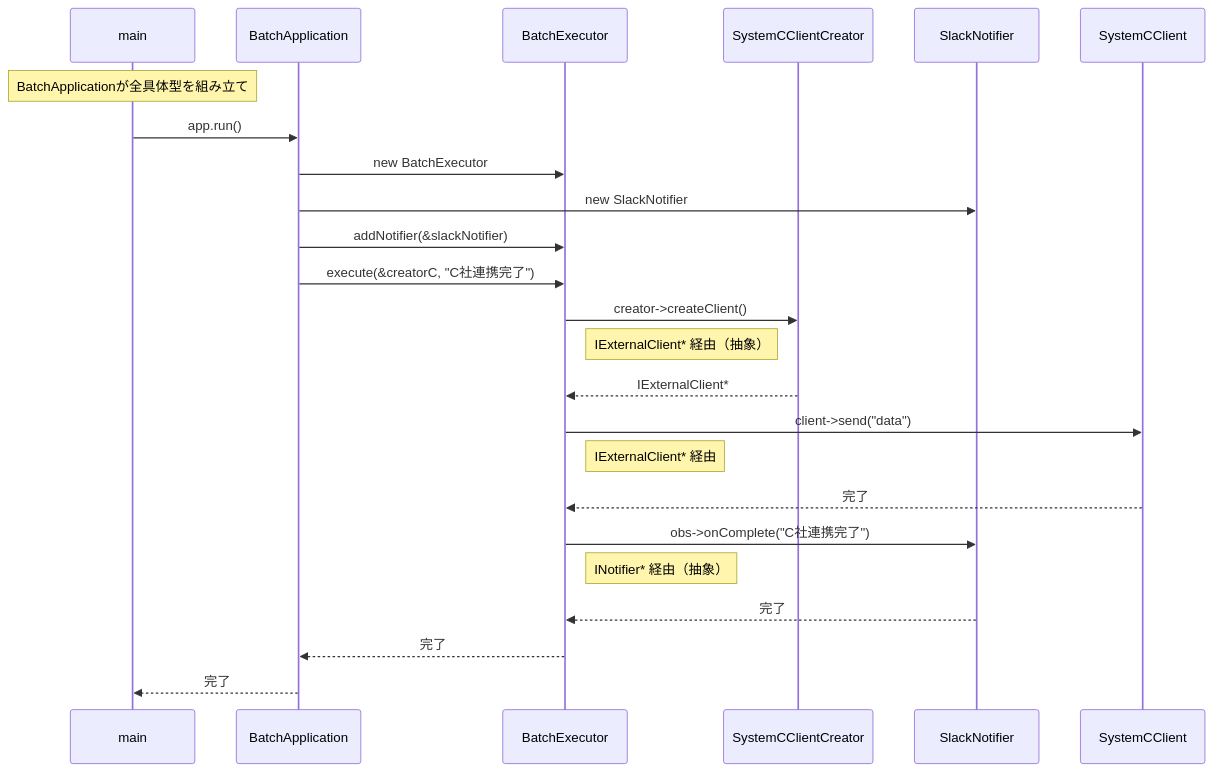
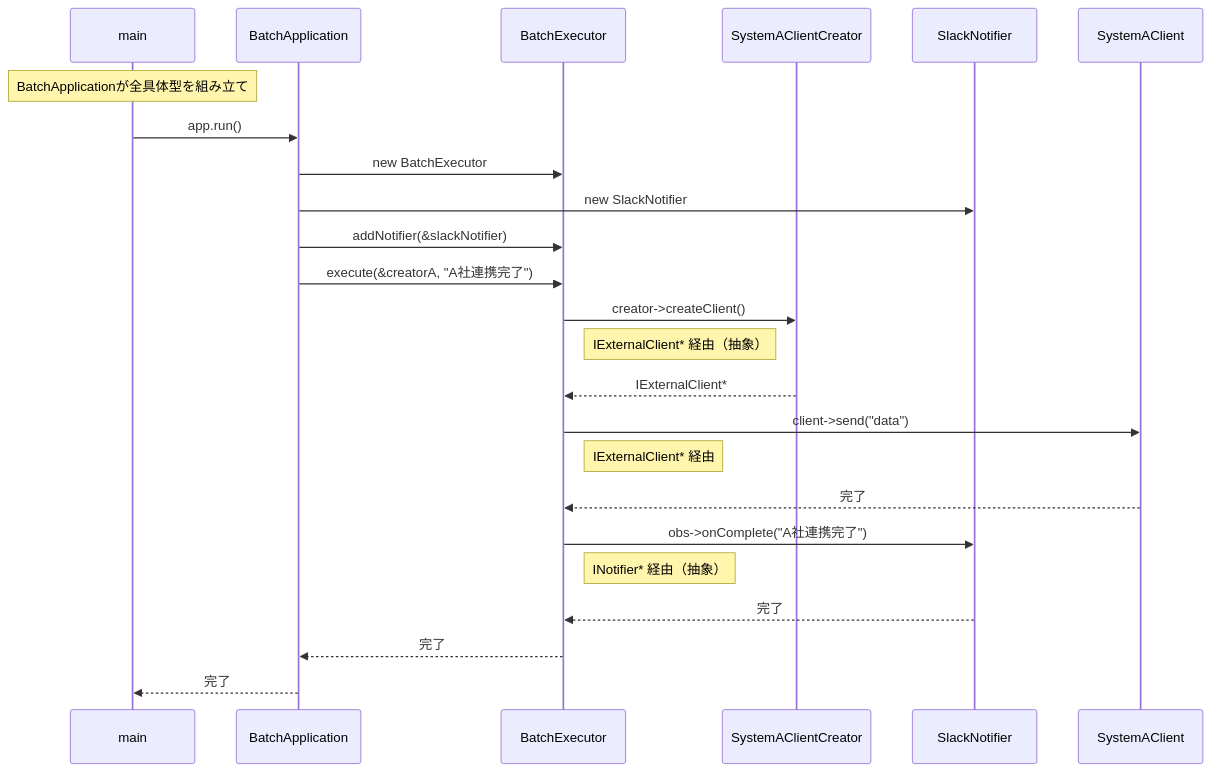
One commit to kumachan1101-pixel/DesignPattern changed the third of 5 diagrams in kindle/design-patterns/output/chapter10.md. Above: the diagram before and after it, drawn with Mermaid. The commit also changed other lines of this file, not shown here.

First line of the commit message:
fix(ch10): スマートポインタ→生ポインタ変換・見出し番号重複修正・シーケンス図修正

````diff
--- a/kindle/design-patterns/output/chapter10.md
+++ b/kindle/design-patterns/output/chapter10.md
@@ -1036,26 +1035,26 @@
 ```mermaid
 sequenceDiagram
     participant main
     participant BA as BatchApplication
     participant BE as BatchExecutor
-    participant CC as SystemCClientCreator
+    participant AC as SystemAClientCreator
     participant SN as SlackNotifier
-    participant SC as SystemCClient
+    participant SA as SystemAClient
     Note over main: BatchApplicationが全具体型を組み立て
     main->>BA: app.run()
     BA->>BE: new BatchExecutor
     BA->>SN: new SlackNotifier
     BA->>BE: addNotifier(&slackNotifier)
-    BA->>BE: execute(&creatorC, "C社連携完了")
-    BE->>CC: creator->createClient()
+    BA->>BE: execute(&creatorA, "A社連携完了")
+    BE->>AC: creator->createClient()
     Note right of BE: IExternalClient* 経由（抽象）
-    CC-->>BE: IExternalClient*
-    BE->>SC: client->send("data")
+    AC-->>BE: IExternalClient*
+    BE->>SA: client->send("data")
     Note right of BE: IExternalClient* 経由
-    SC-->>BE: 完了
-    BE->>SN: obs->onComplete("C社連携完了")
+    SA-->>BE: 完了
+    BE->>SN: obs->onComplete("A社連携完了")
     Note right of BE: INotifier* 経由（抽象）
     SN-->>BE: 完了
     BE-->>BA: 完了
     BA-->>main: 完了
 ```
````
